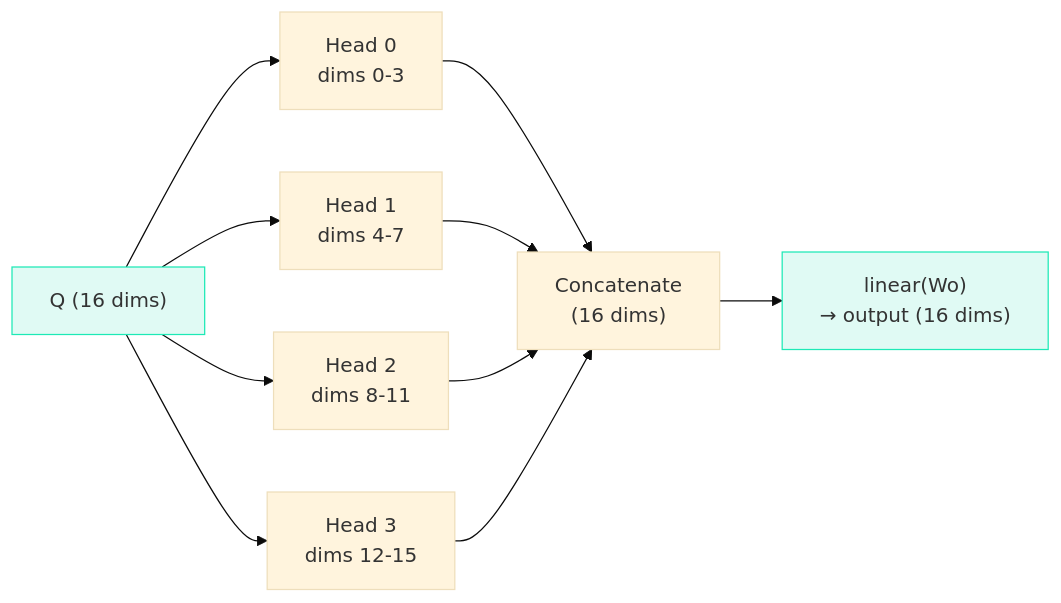
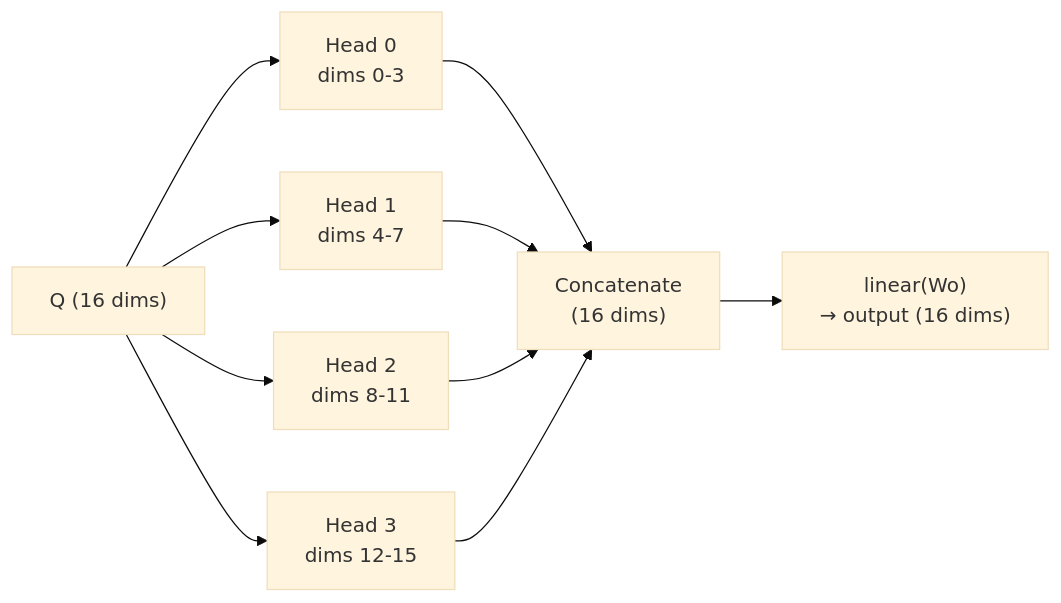
The diagram in docs/03-the-architecture/06-multi-head-attention.md (iamkhalid2/microgpt-course), drawn with Mermaid (base theme) before and after one commit. The commit also changed 20 other files, not shown here.

Commit message:
Remove all inline Mermaid styles - let theme handle colors natively

````diff
--- a/docs/03-the-architecture/06-multi-head-attention.md
+++ b/docs/03-the-architecture/06-multi-head-attention.md
@@ -17,15 +17,12 @@
 ```mermaid
 flowchart LR
     Q["Q (16 dims)"] --> H0["Head 0<br>dims 0-3"]
     Q --> H1["Head 1<br>dims 4-7"]
     Q --> H2["Head 2<br>dims 8-11"]
     Q --> H3["Head 3<br>dims 12-15"]
     H0 --> CAT["Concatenate<br>(16 dims)"]
     H1 --> CAT
     H2 --> CAT
     H3 --> CAT
     CAT --> WO["linear(Wo)<br>→ output (16 dims)"]
-
-    style Q fill:#e0faf4,stroke:#1de9b6
-    style WO fill:#e0faf4,stroke:#1de9b6
 ```
````
